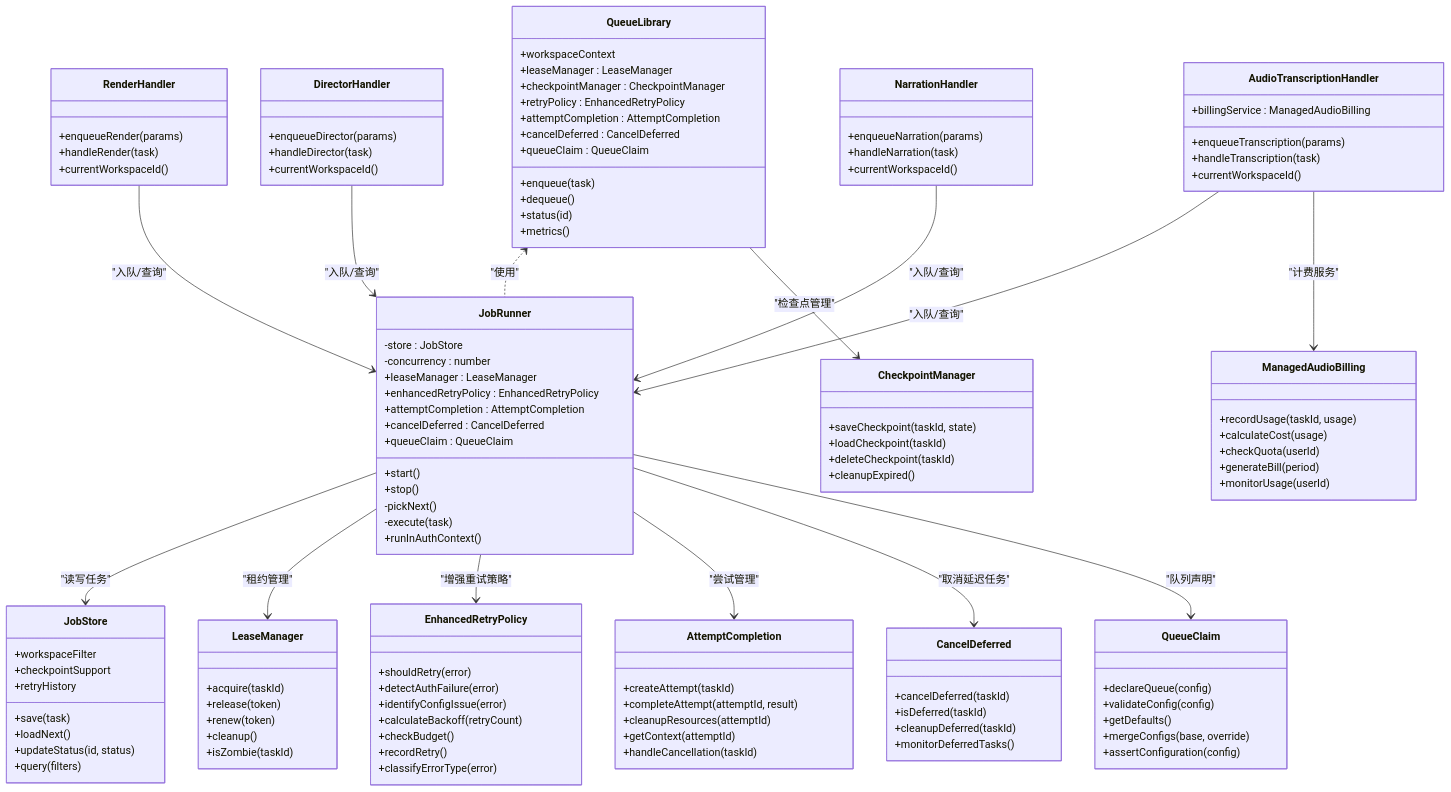
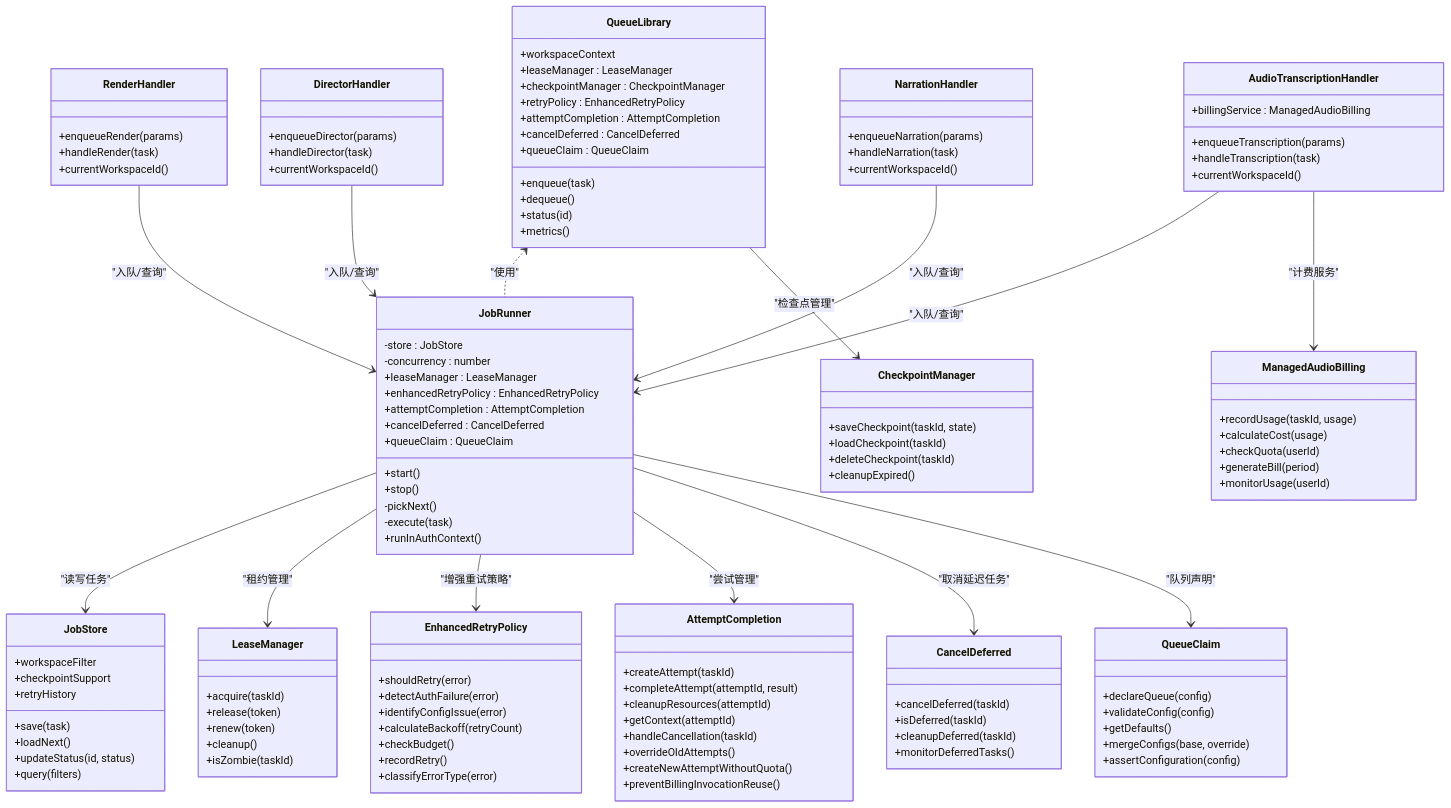
Before and after one commit to scottcwy/PurpleInk: the fourth of 4 diagrams in .qoder/repowiki/zh/content/后端架构/任务处理/作业队列系统.md, drawn with Mermaid. The commit also changed other lines of this file and 30 other files, not shown here.

```diff
--- a/.qoder/repowiki/zh/content/后端架构/任务处理/作业队列系统.md
+++ b/.qoder/repowiki/zh/content/后端架构/任务处理/作业队列系统.md
@@ -588,6 +625,9 @@
 +cleanupResources(attemptId)
 +getContext(attemptId)
 +handleCancellation(taskId)
++overrideOldAttempts()
++createNewAttemptWithoutQuota()
++preventBillingInvocationReuse()
 }
 class CancelDeferred {
 +cancelDeferred(taskId)
```
